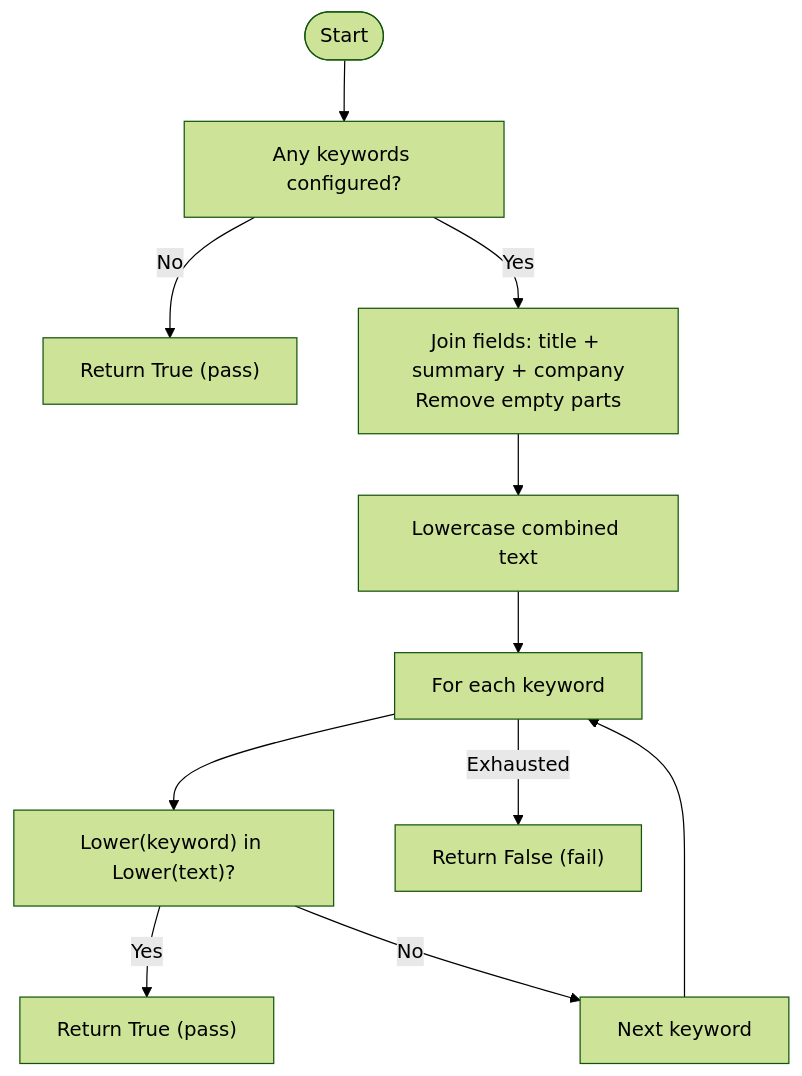
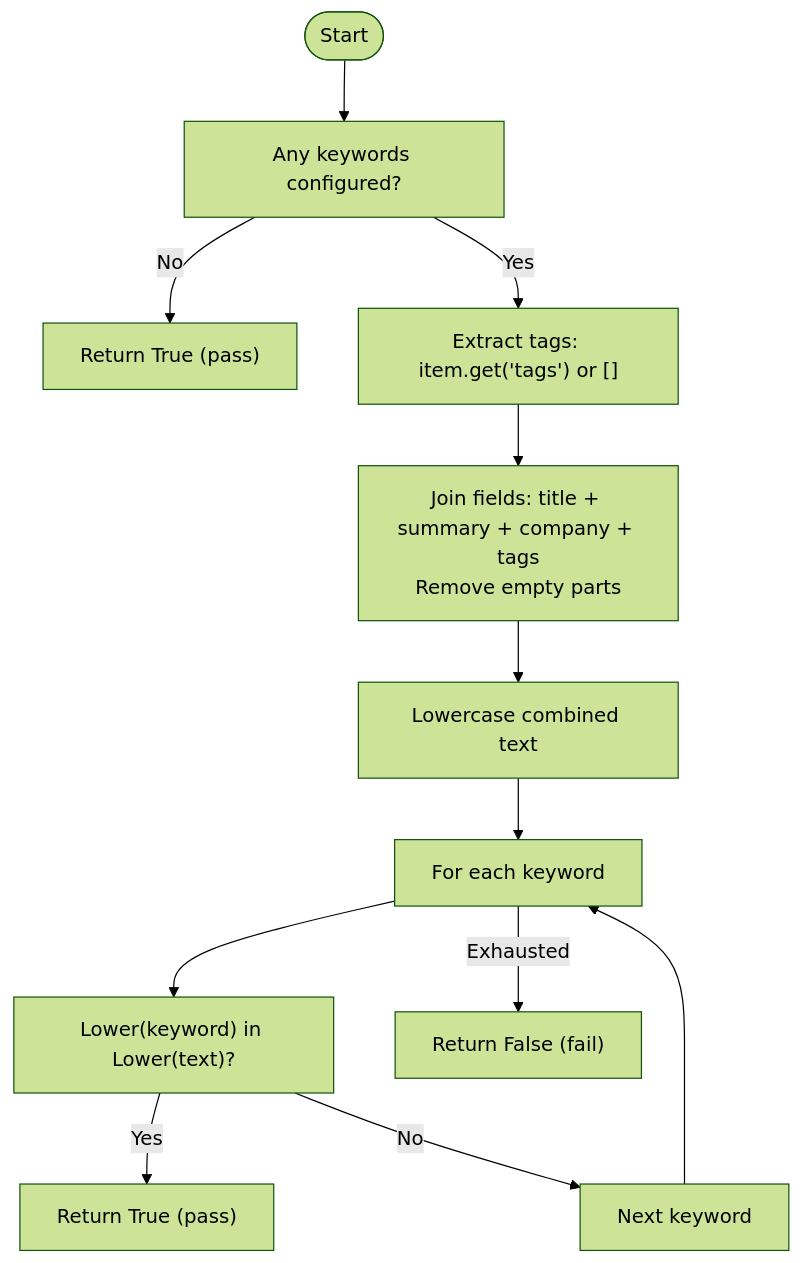
Before and after one commit to shakthi-vinayak/news: the third of 5 diagrams in .qoder/repowiki/en/content/Content Processing Pipeline/Keyword Pre-filtering.md, drawn with Mermaid (forest theme). The commit also changed other lines of this file and 37 other files, not shown here.

````diff
--- a/.qoder/repowiki/en/content/Content Processing Pipeline/Keyword Pre-filtering.md
+++ b/.qoder/repowiki/en/content/Content Processing Pipeline/Keyword Pre-filtering.md
@@ -112,13 +128,14 @@
 ```mermaid
 flowchart TD
 Start(["Start"]) --> CheckEmpty["Any keywords configured?"]
 CheckEmpty --> |No| AllowAll["Return True (pass)"]
-CheckEmpty --> |Yes| BuildText["Join fields: title + summary + company<br/>Remove empty parts"]
-BuildText --> Lower["Lowercase combined text"]
+CheckEmpty --> |Yes| ProcessTags["Extract tags: item.get('tags') or []"]
+ProcessTags --> JoinFields["Join fields: title + summary + company + tags<br/>Remove empty parts"]
+JoinFields --> Lower["Lowercase combined text"]
 Lower --> LoopKWs["For each keyword"]
 LoopKWs --> Compare["Lower(keyword) in Lower(text)?"]
 Compare --> |Yes| ReturnTrue["Return True (pass)"]
 Compare --> |No| NextKW["Next keyword"]
 NextKW --> LoopKWs
 LoopKWs --> |Exhausted| ReturnFalse["Return False (fail)"]
 ```
````
